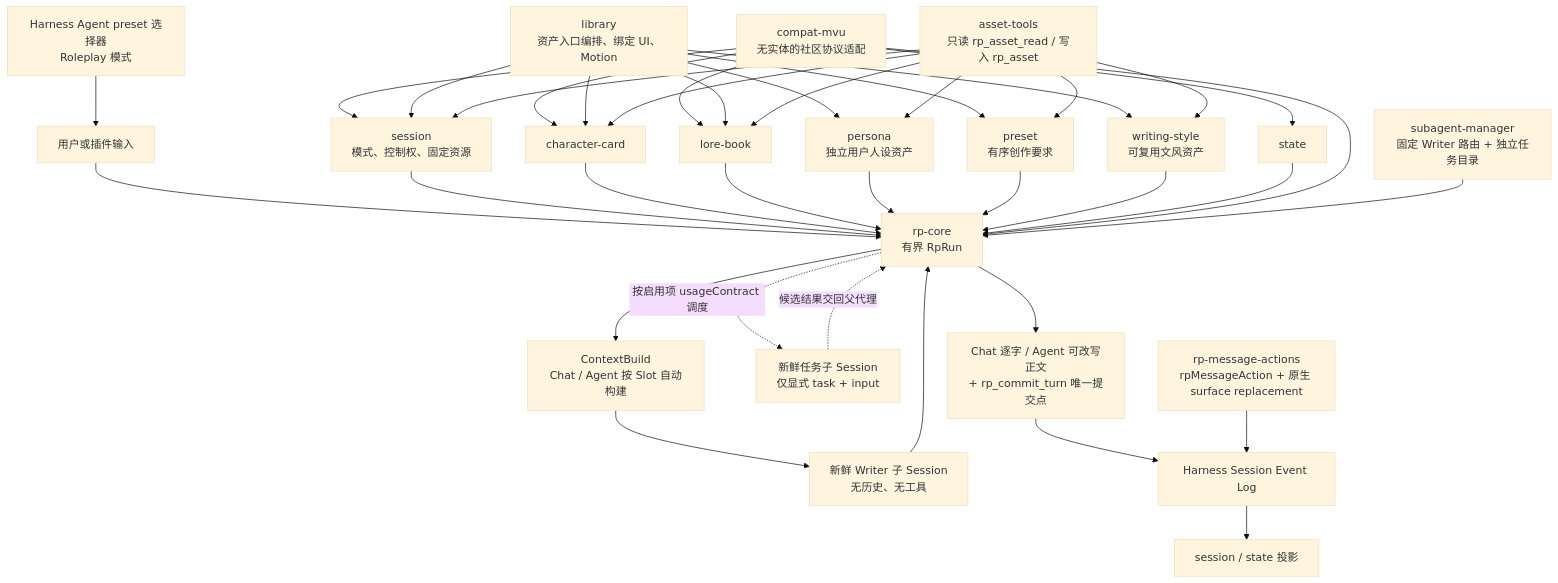
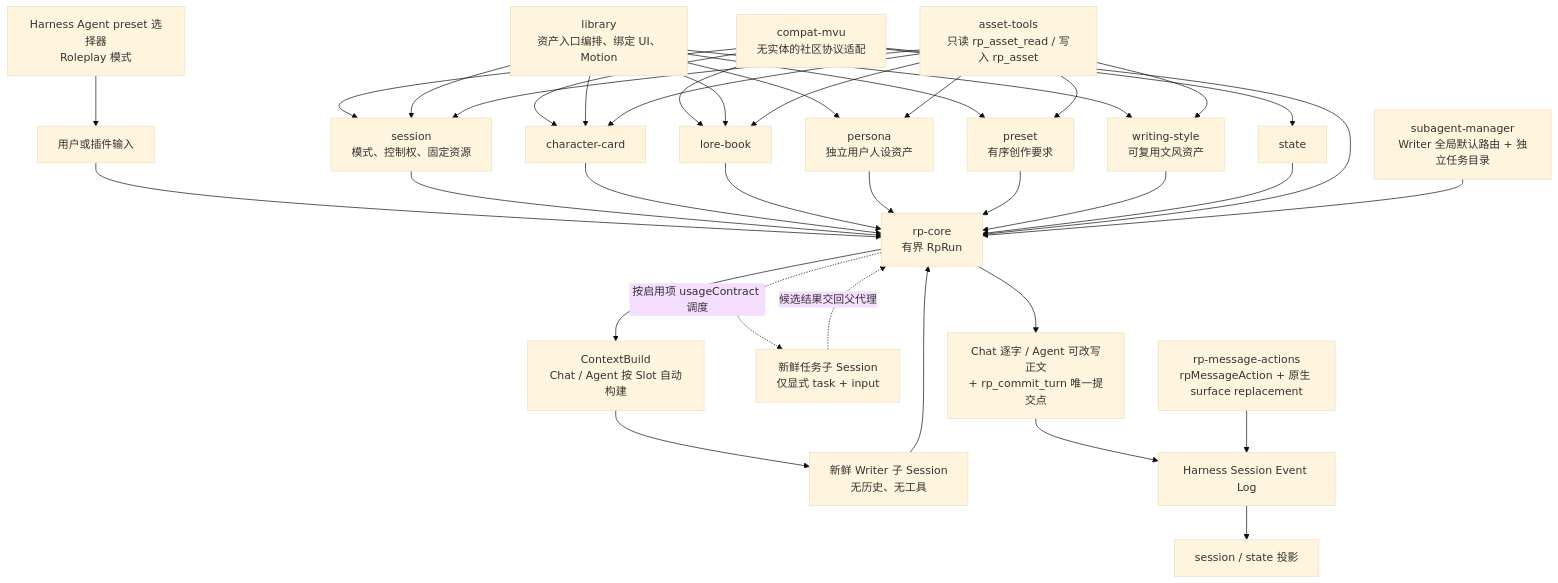
Before and after one commit to lutrodev/dsh-roleplay: the first of 3 diagrams in docs/rp-architecture.md, drawn with Mermaid (base theme). The commit also changed other lines of this file and 54 other files, not shown here.

````diff
--- a/docs/rp-architecture.md
+++ b/docs/rp-architecture.md
@@ -7,40 +7,40 @@
 ```mermaid
 flowchart TD
   R["Harness Agent preset 选择器<br/>Roleplay 模式"] --> I["用户或插件输入"]
   I --> C["rp-core<br/>有界 RpRun"]
   S["session<br/>模式、控制权、固定资源"] --> C
   K["character-card"] --> C
   L["lore-book"] --> C
   U["persona<br/>独立用户人设资产"] --> C
   Q["preset<br/>有序创作要求"] --> C
   W["writing-style<br/>可复用文风资产"] --> C
 
   V["state"] --> C
   X["compat-mvu<br/>无实体的社区协议适配"] --> K
   X --> L
   X --> S
   X --> V
   X --> C
   A["library<br/>资产入口编排、绑定 UI、Motion"] --> S
   A --> K
   A --> L
   A --> U
   A --> Q
   A --> W
   D["asset-tools<br/>只读 rp_asset_read / 写入 rp_asset"] --> S
   D --> K
   D --> L
   D --> U
   D --> Q
   D --> W
-  M["subagent-manager<br/>固定 Writer 路由 + 独立任务目录"] --> C
+  M["subagent-manager<br/>Writer 全局默认路由 + 独立任务目录"] --> C
   C --> B["ContextBuild<br/>Chat / Agent 按 Slot 自动构建"]
   B --> WR["新鲜 Writer 子 Session<br/>无历史、无工具"]
   WR --> C
   C -. "按启用项 usageContract 调度" .-> TA["新鲜任务子 Session<br/>仅显式 task + input"]
   TA -. "候选结果交回父代理" .-> C
   C --> T["Chat 逐字 / Agent 可改写正文<br/>+ rp_commit_turn 唯一提交点"]
   T --> E["Harness Session Event Log"]
   E --> J["session / state 投影"]
   F["rp-message-actions<br/>rpMessageAction + 原生 surface replacement"] --> E
 ```
````
